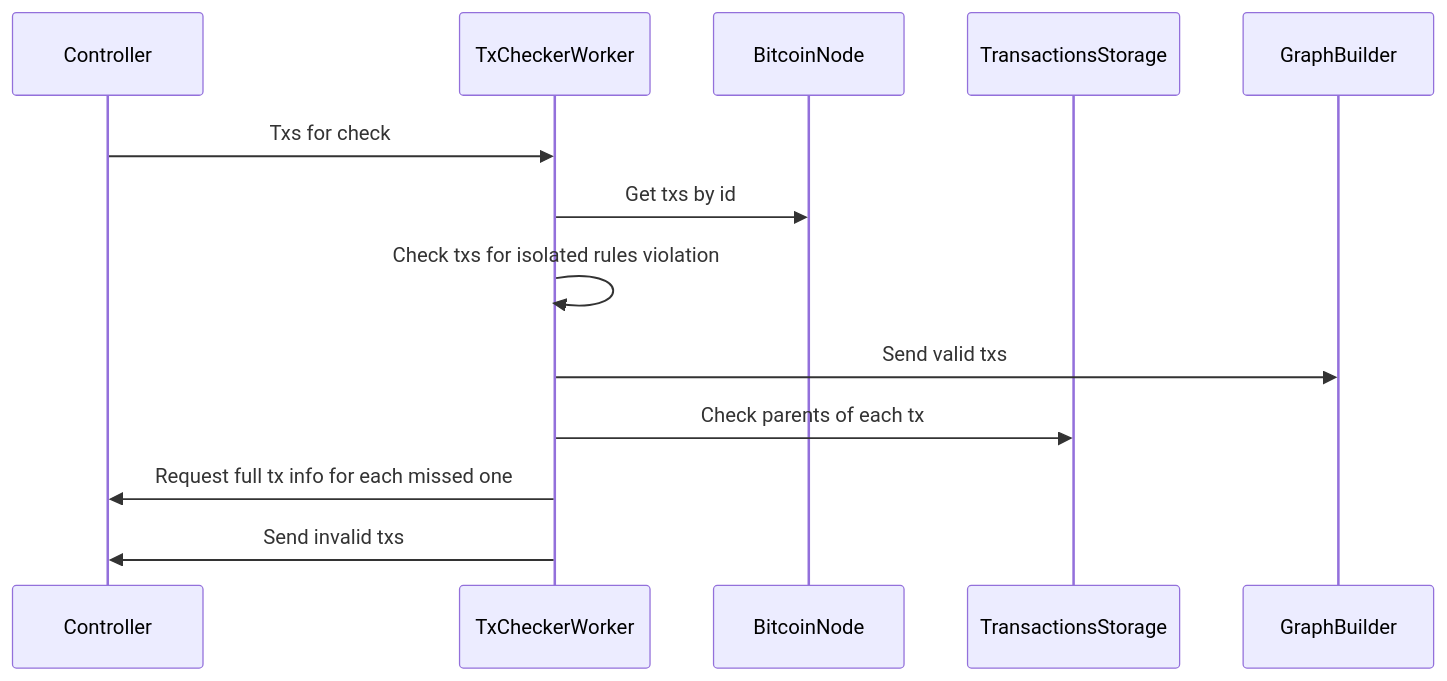
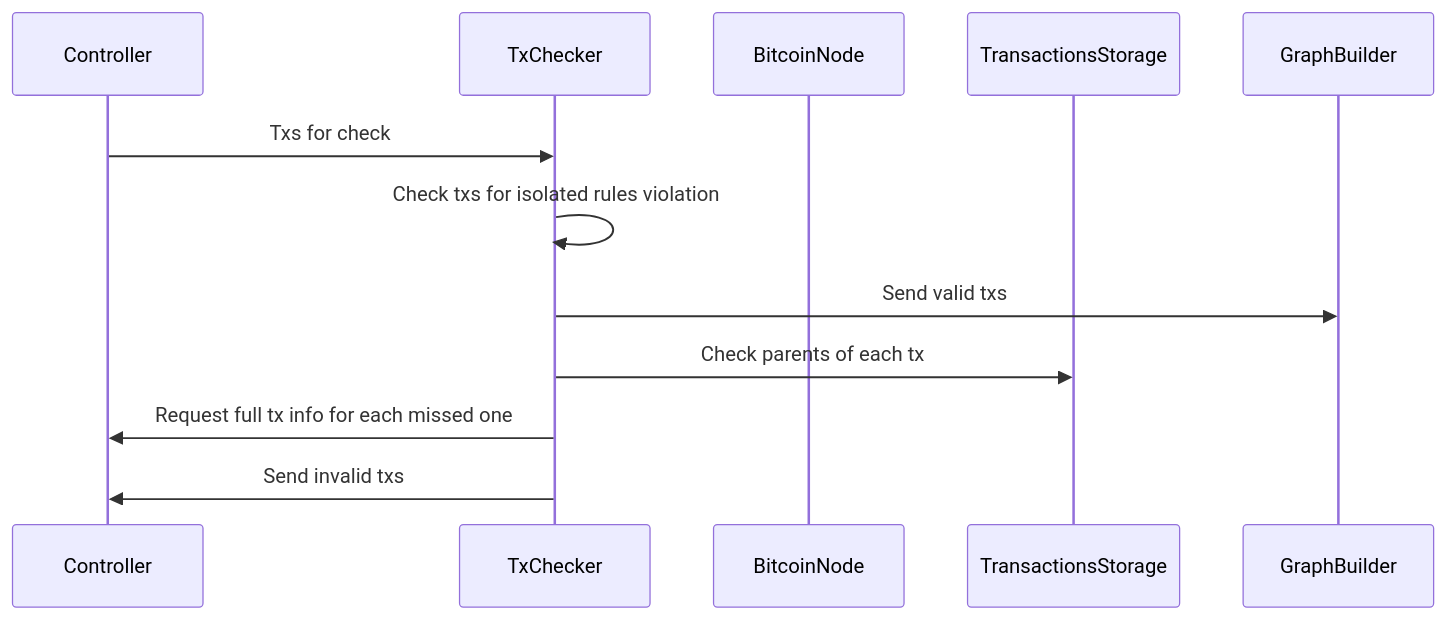
The diagram in crates/tx-check/README.md (akitamiabtc/yuv), drawn with Mermaid before and after one commit. The commit also changed other lines of this file and 108 other files, not shown here.

````diff
--- a/crates/tx-check/README.md
+++ b/crates/tx-check/README.md
@@ -54,16 +35,15 @@
 ```mermaid
 sequenceDiagram
     participant Controller
-    participant TxCheckerWorker
+    participant TxChecker
     participant BitcoinNode
     participant TransactionsStorage
     participant GraphBuilder
 
-    Controller->>TxCheckerWorker: Txs for check
-    TxCheckerWorker->>BitcoinNode: Get txs by id
-    TxCheckerWorker->>TxCheckerWorker: Check txs for isolated rules violation
-    TxCheckerWorker->>GraphBuilder: Send valid txs
-    TxCheckerWorker->>TransactionsStorage: Check parents of each tx
-    TxCheckerWorker->>Controller: Request full tx info for each missed one
-    TxCheckerWorker->>Controller: Send invalid txs
+    Controller->>TxChecker: Txs for check
+    TxChecker->>TxChecker: Check txs for isolated rules violation
+    TxChecker->>GraphBuilder: Send valid txs
+    TxChecker->>TransactionsStorage: Check parents of each tx
+    TxChecker->>Controller: Request full tx info for each missed one
+    TxChecker->>Controller: Send invalid txs
 ```
````
